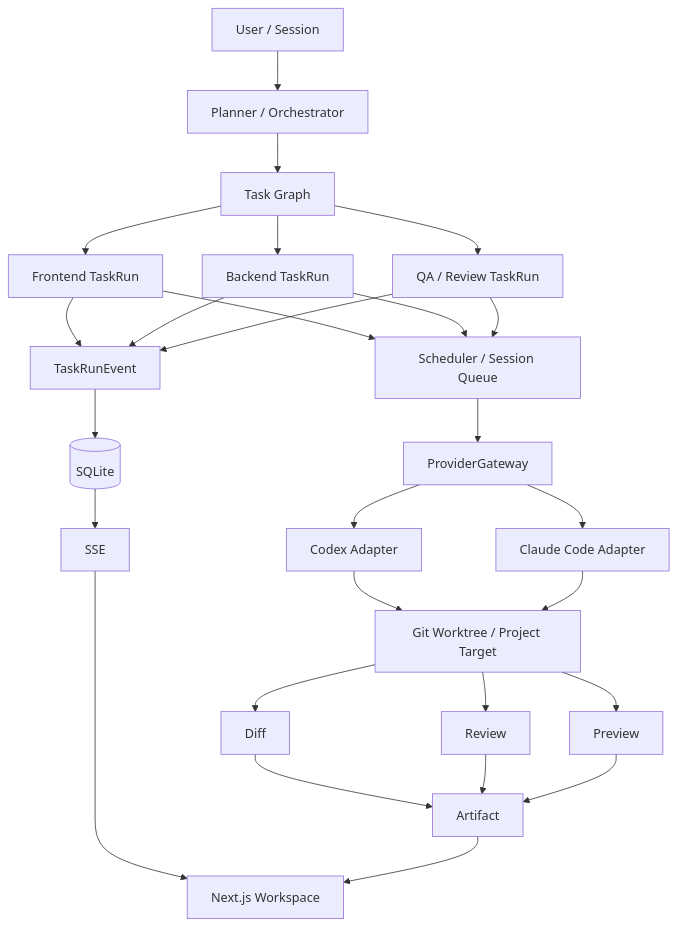
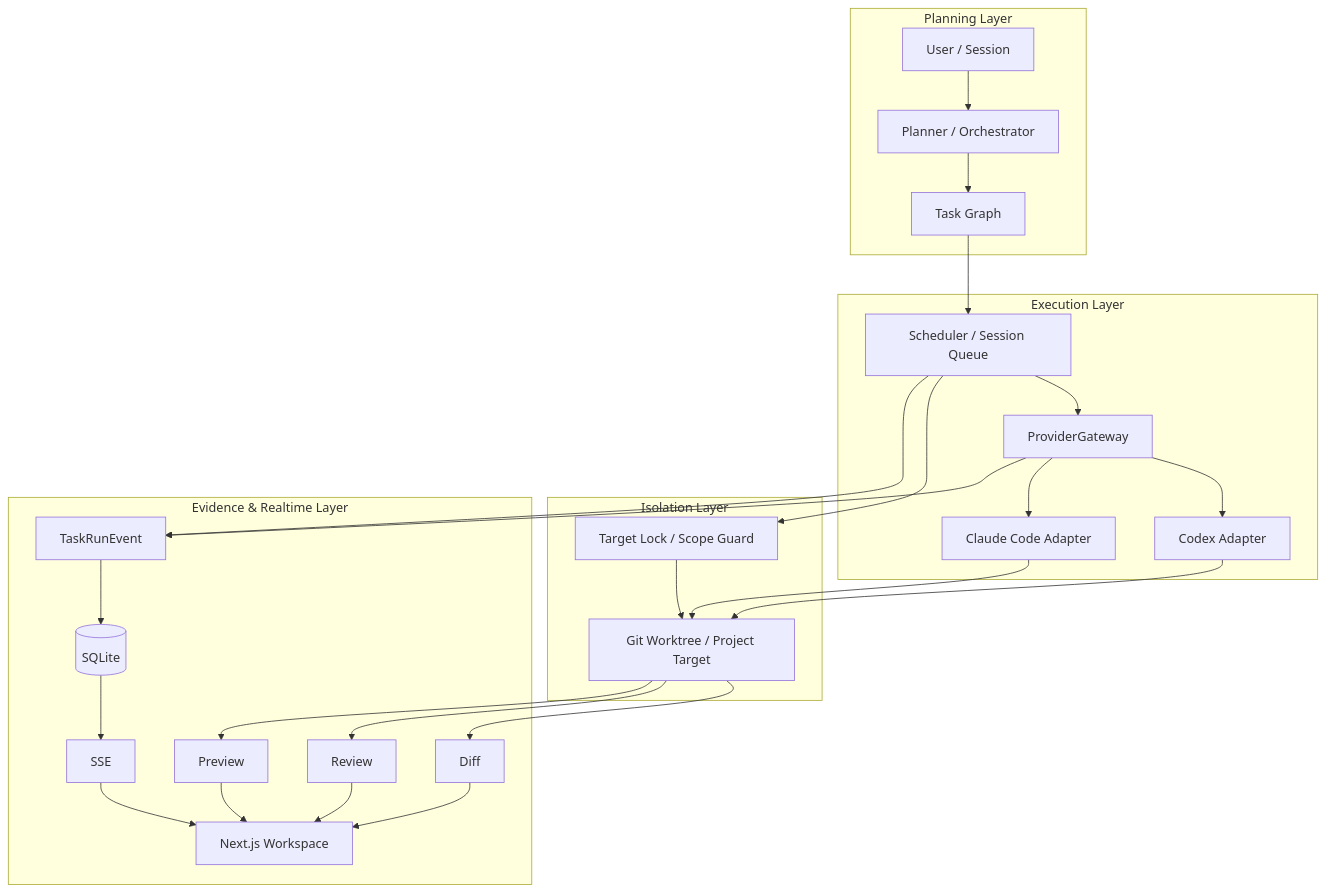
One commit to YoungBossX/AgentHub changed the diagram in README.md. Above: the diagram before and after it, drawn with Mermaid. The commit also changed other lines of this file, not shown here.

````diff
--- a/README.md
+++ b/README.md
@@ -57,37 +71,54 @@
 ```mermaid
 flowchart TB
-    U[User / Session] --> P[Planner / Orchestrator]
-    P --> TG[Task Graph]
 
-    TG --> TR1[Frontend TaskRun]
-    TG --> TR2[Backend TaskRun]
-    TG --> TR3[QA / Review TaskRun]
+    subgraph P["Planning Layer"]
+        U[User / Session]
+        O[Planner / Orchestrator]
+        TG[Task Graph]
+        U --> O --> TG
+    end
 
-    TR1 --> S[Scheduler / Session Queue]
-    TR2 --> S
-    TR3 --> S
+    subgraph E["Execution Layer"]
+        S[Scheduler / Session Queue]
+        PG[ProviderGateway]
+        C[Codex Adapter]
+        CL[Claude Code Adapter]
 
-    S --> PG[ProviderGateway]
-    PG --> C[Codex Adapter]
-    PG --> CL[Claude Code Adapter]
+        TG --> S
+        S --> PG
+        PG --> C
+        PG --> CL
+    end
 
-    C --> W[Git Worktree / Project Target]
-    CL --> W
+    subgraph I["Isolation Layer"]
+        W[Git Worktree / Project Target]
+        L[Target Lock / Scope Guard]
 
-    W --> D[Diff]
-    W --> R[Review]
-    W --> V[Preview]
+        C --> W
+        CL --> W
+        S --> L
+        L --> W
+    end
 
-    TR1 --> E[TaskRunEvent]
-    TR2 --> E
-    TR3 --> E
+    subgraph V["Evidence & Realtime Layer"]
+        D[Diff]
+        R[Review]
+        PVIEW[Preview]
+        EVT[TaskRunEvent]
+        DB[(SQLite)]
+        SSE[SSE]
+        WEB[Next.js Workspace]
 
-    D --> A[Artifact]
-    R --> A
-    V --> A
+        W --> D
+        W --> R
+        W --> PVIEW
 
-    E --> DB[(SQLite)]
-    DB --> SSE[SSE]
-    SSE --> WEB[Next.js Workspace]
-    A --> WEB
+        D --> WEB
+        R --> WEB
+        PVIEW --> WEB
+
+        S --> EVT
+        PG --> EVT
+        EVT --> DB --> SSE --> WEB
+    end
 ```
````
